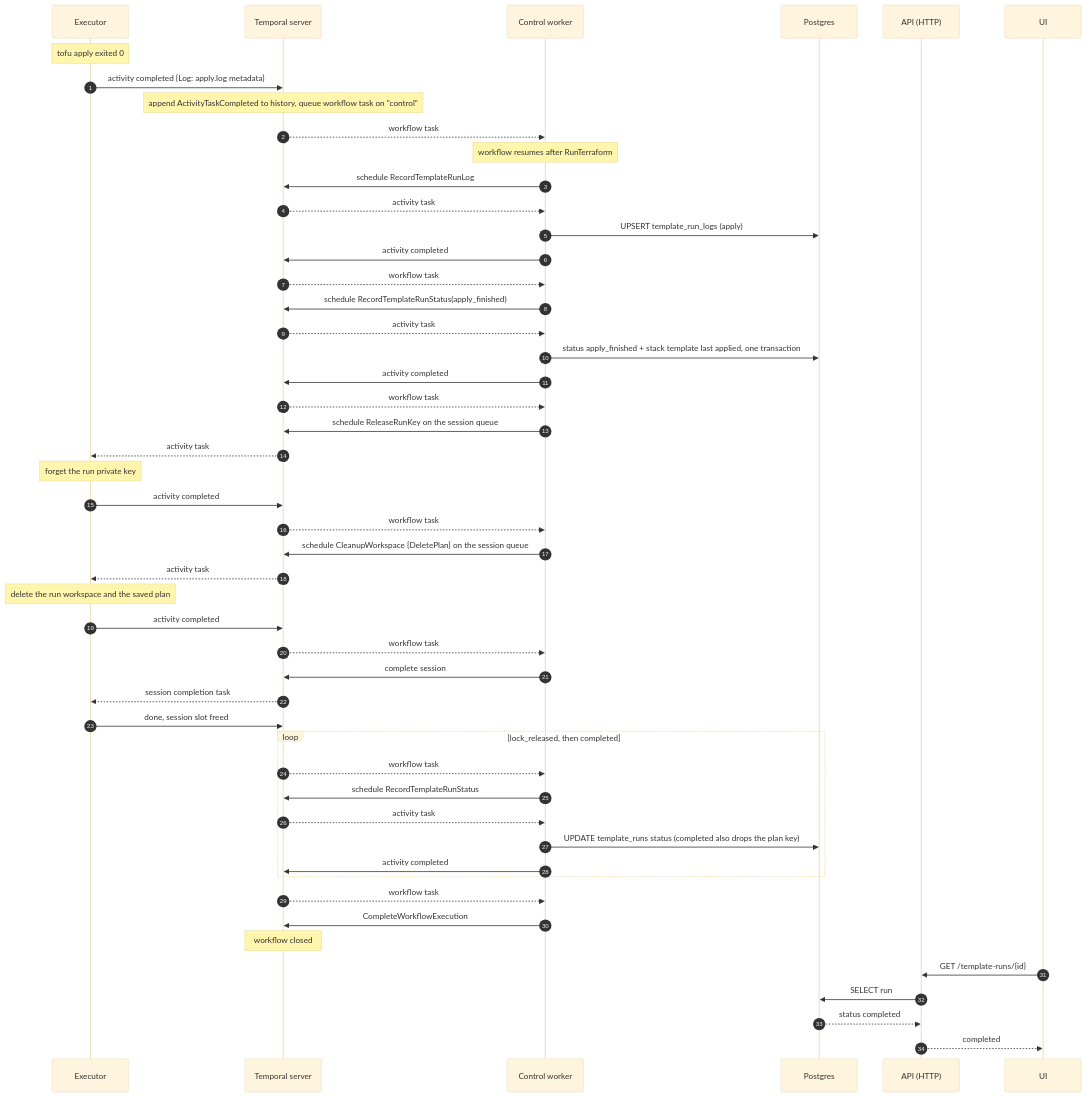
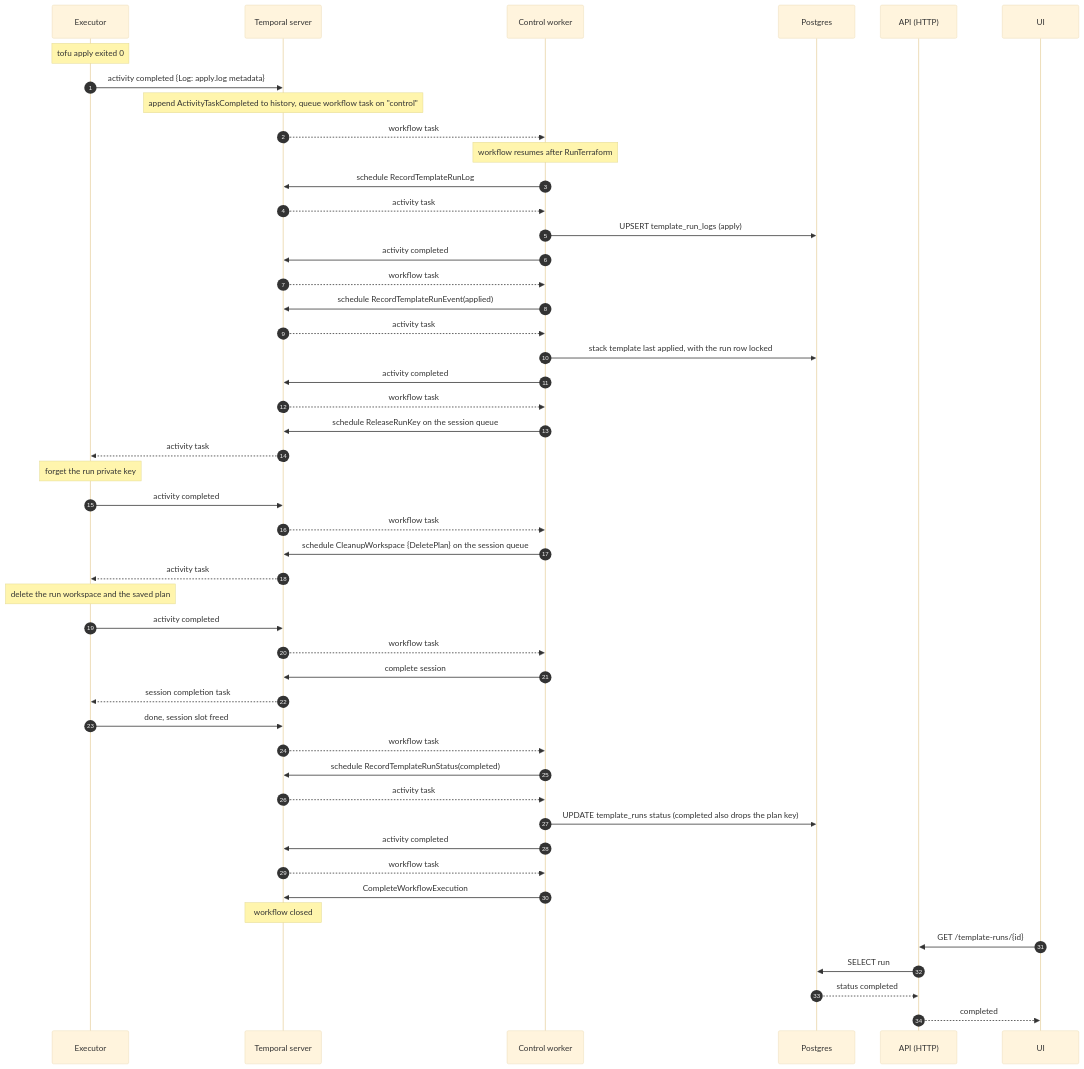
Before and after one commit to vishu42/tflive: the third of 4 diagrams in docs/apply-run-sequence.md, drawn with Mermaid (base theme). The commit also changed other lines of this file and 11 other files, not shown here.

Commit message:
refactor: a run's status is its lifecycle only

````diff
--- a/docs/apply-run-sequence.md
+++ b/docs/apply-run-sequence.md
@@ -143,61 +143,59 @@
 ```mermaid
 sequenceDiagram
     autonumber
     participant EX as Executor
     participant T as Temporal server
     participant CW as Control worker
     participant PG as Postgres
     participant API as API (HTTP)
     participant UI
 
     Note over EX: tofu apply exited 0
     EX->>T: activity completed {Log: apply.log metadata}
     Note over T: append ActivityTaskCompleted to history, queue workflow task on "control"
 
     T-->>CW: workflow task
     Note over CW: workflow resumes after RunTerraform
     CW->>T: schedule RecordTemplateRunLog
     T-->>CW: activity task
     CW->>PG: UPSERT template_run_logs (apply)
     CW->>T: activity completed
 
     T-->>CW: workflow task
-    CW->>T: schedule RecordTemplateRunStatus(apply_finished)
+    CW->>T: schedule RecordTemplateRunEvent(applied)
     T-->>CW: activity task
-    CW->>PG: status apply_finished + stack template last applied, one transaction
+    CW->>PG: stack template last applied, with the run row locked
     CW->>T: activity completed
 
     T-->>CW: workflow task
     CW->>T: schedule ReleaseRunKey on the session queue
     T-->>EX: activity task
     Note over EX: forget the run private key
     EX->>T: activity completed
 
     T-->>CW: workflow task
     CW->>T: schedule CleanupWorkspace {DeletePlan} on the session queue
     T-->>EX: activity task
     Note over EX: delete the run workspace and the saved plan
     EX->>T: activity completed
 
     T-->>CW: workflow task
     CW->>T: complete session
     T-->>EX: session completion task
     EX->>T: done, session slot freed
 
-    loop lock_released, then completed
-        T-->>CW: workflow task
-        CW->>T: schedule RecordTemplateRunStatus
-        T-->>CW: activity task
-        CW->>PG: UPDATE template_runs status (completed also drops the plan key)
-        CW->>T: activity completed
-    end
+    T-->>CW: workflow task
+    CW->>T: schedule RecordTemplateRunStatus(completed)
+    T-->>CW: activity task
+    CW->>PG: UPDATE template_runs status (completed also drops the plan key)
+    CW->>T: activity completed
 
     T-->>CW: workflow task
     CW->>T: CompleteWorkflowExecution
     Note over T: workflow closed
 
     UI->>API: GET /template-runs/{id}
     API->>PG: SELECT run
     PG-->>API: status completed
     API-->>UI: completed
 ```
````
